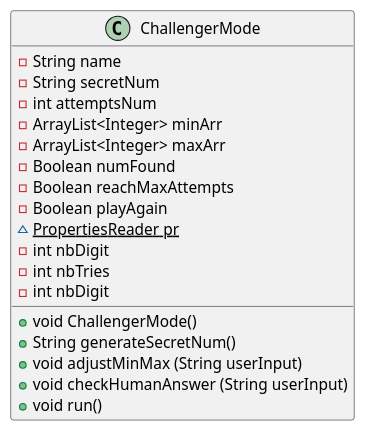
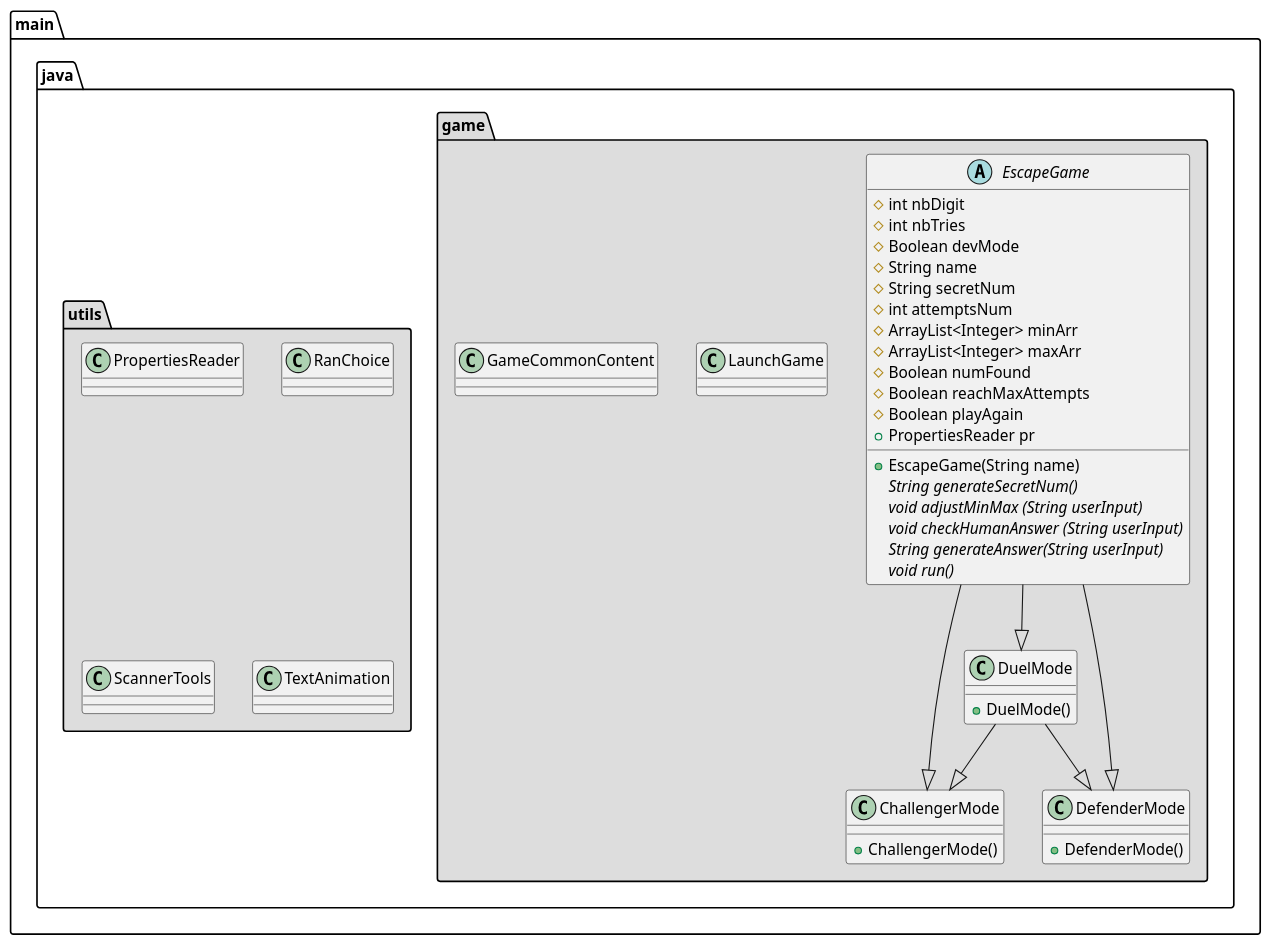
The diagram in Class.puml (rvallet/escapegameonline), drawn with PlantUML before and after one commit. The commit also changed 10 other files, not shown here.

Commit message:
cleanning code, updated uml and readme. Adding ASCII art for game logo on stratup

```diff
--- a/Class.puml
+++ b/Class.puml
@@ -1,48 +1,61 @@
 @startuml
-/' Start Class Examples :
-abstract class AbstractList
-abstract AbstractCollection
-interface List
-interface Collection
+/' Start UML Class '/
+package "main.java.game" #DDDDDD {
+    abstract class EscapeGame {
+        #int nbDigit
+        #int nbTries
+        #Boolean devMode
+        #String name
+        #String secretNum
+        #int attemptsNum
+        #ArrayList<Integer> minArr
+        #ArrayList<Integer> maxArr
+        #Boolean numFound
+        #Boolean reachMaxAttempts
+        #Boolean playAgain
+        +PropertiesReader pr
 
-List <|-- AbstractList
-Collection <|-- AbstractCollection
+        +EscapeGame(String name)
+        {abstract} String generateSecretNum()
+        {abstract} void adjustMinMax (String userInput)
+        {abstract} void checkHumanAnswer (String userInput)
+        {abstract} String generateAnswer(String userInput)
+        {abstract} void run()
+    }
 
-Collection <|- List
-AbstractCollection <|- AbstractList
-AbstractList <|-- ArrayList
+    class ChallengerMode {
+        +ChallengerMode()
+    }
 
-class ArrayList {
-Object[] elementData
-{static} size()
-{abstract} void method()
+    class DefenderMode {
+        +DefenderMode()
+    }
+
+    class DuelMode {
+        +DuelMode()
+    }
+
+    class LaunchGame {
+    }
+
+    class GameCommonContent {
+    }
+
+    EscapeGame --|> ChallengerMode
+    EscapeGame --|> DefenderMode
+    EscapeGame --|> DuelMode
+    DuelMode --|> ChallengerMode
+    DuelMode --|> DefenderMode
+
 }
-
-enum TimeUnit {
-DAYS
-HOURS
-MINUTES
-}
-/End Class Examples '/
-/' Start UML Class '/
-class ChallengerMode {
--String name
--String secretNum
--int attemptsNum
--ArrayList<Integer> minArr
--ArrayList<Integer> maxArr
--Boolean numFound
--Boolean reachMaxAttempts
--Boolean playAgain
-~{static}PropertiesReader pr
--int nbDigit
--int nbTries
--int nbDigit
-
-+void ChallengerMode()
-+String generateSecretNum()
-+void adjustMinMax (String userInput)
-+void checkHumanAnswer (String userInput)
-+void run()
+package "main.java.utils" #DDDDDD {
+    class PropertiesReader {
+    }
+    class RanChoice {
+    }
+    class ScannerTools {
+    }
+    class TextAnimation {
+    }
 }
 @enduml
```
